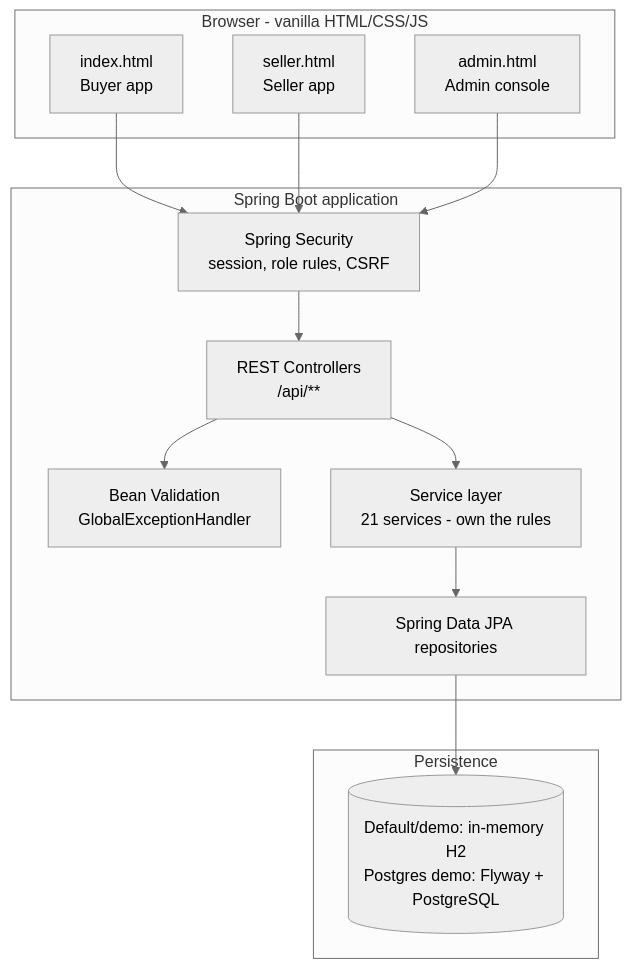
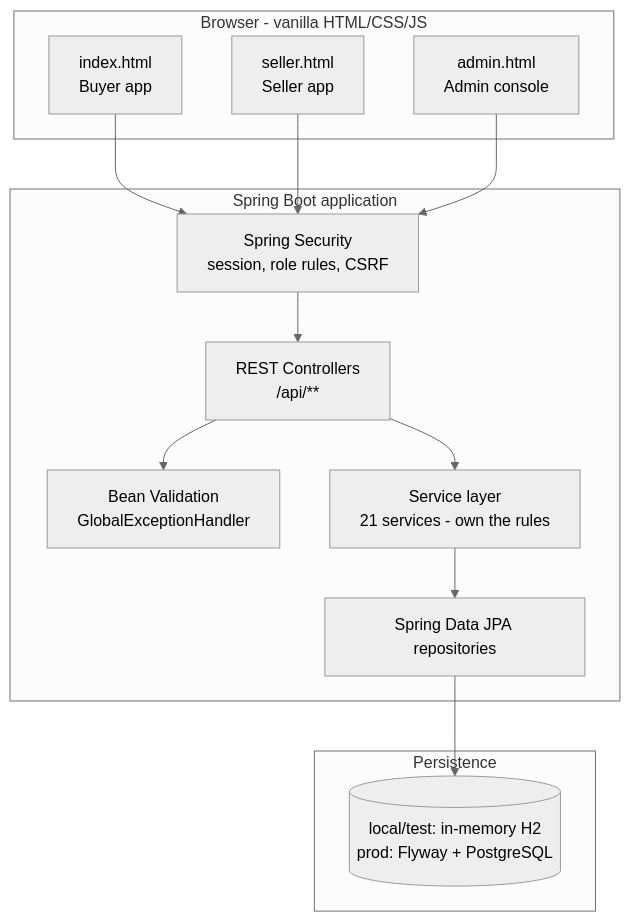
Before and after one commit to utkarshnikhare/my-first-spring-api: the first of 2 diagrams in README.md, drawn with Mermaid (neutral theme). The commit also changed other lines of this file and 491 other files, not shown here.

````diff
--- a/README.md
+++ b/README.md
@@ -427,29 +428,29 @@
 ```mermaid
 flowchart TB
     subgraph Client["Browser - vanilla HTML/CSS/JS"]
         B["index.html<br/>Buyer app"]
         S["seller.html<br/>Seller app"]
         A["admin.html<br/>Admin console"]
     end
 
     subgraph Server["Spring Boot application"]
         SEC["Spring Security<br/>session, role rules, CSRF"]
         C["REST Controllers<br/>/api/**"]
         V["Bean Validation<br/>GlobalExceptionHandler"]
         SV["Service layer<br/>21 services - own the rules"]
         R["Spring Data JPA repositories"]
     end
 
     subgraph Data["Persistence"]
-        DB[("Default/demo: in-memory H2<br/>Postgres demo: Flyway + PostgreSQL")]
+        DB[("local/test: in-memory H2<br/>prod: Flyway + PostgreSQL")]
     end
 
     B --> SEC
     S --> SEC
     A --> SEC
     SEC --> C
     C --> V
     C --> SV
     SV --> R
     R --> DB
 ```
````
